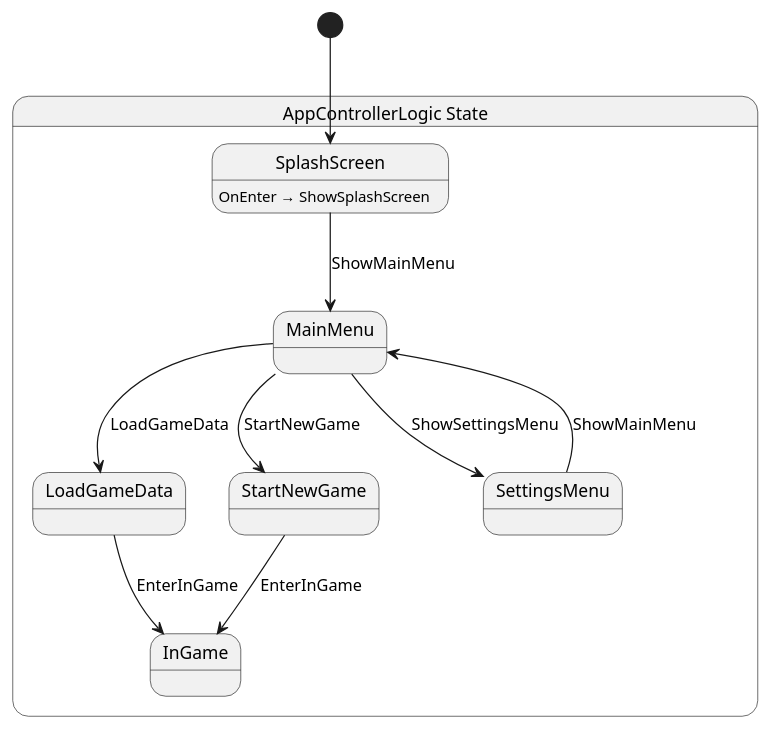
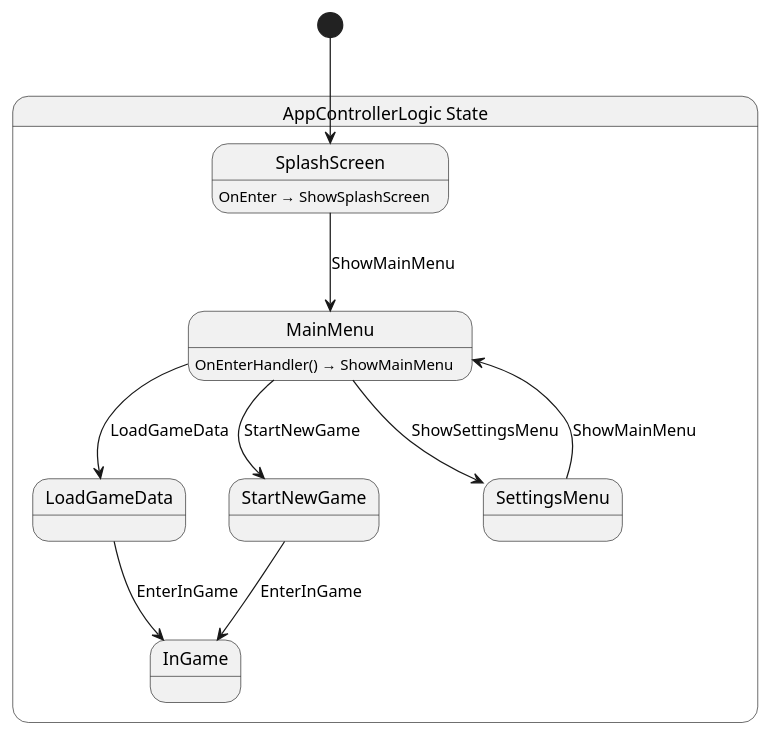
One commit to zheladev/ADHDGame changed the diagram in src/scenes/app_controller/logic/AppControllerLogic.g.puml. Above: the diagram before and after it, drawn with PlantUML. The commit also changed 9 other files, not shown here.

Commit message:
feat: implement splash screen and main menu scenes with navigation logic

```diff
--- a/src/scenes/app_controller/logic/AppControllerLogic.g.puml
+++ b/src/scenes/app_controller/logic/AppControllerLogic.g.puml
@@ -1,22 +1,23 @@
 @startuml AppControllerLogic
 state "AppControllerLogic State" as ADHDGame_Scenes_AppController_AppControllerLogic_State {
   state "InGame" as ADHDGame_Scenes_AppController_AppControllerLogic_State_InGame
   state "LoadGameData" as ADHDGame_Scenes_AppController_AppControllerLogic_State_LoadGameData
   state "MainMenu" as ADHDGame_Scenes_AppController_AppControllerLogic_State_MainMenu
   state "SettingsMenu" as ADHDGame_Scenes_AppController_AppControllerLogic_State_SettingsMenu
   state "SplashScreen" as ADHDGame_Scenes_AppController_AppControllerLogic_State_SplashScreen
   state "StartNewGame" as ADHDGame_Scenes_AppController_AppControllerLogic_State_StartNewGame
 }
 
 ADHDGame_Scenes_AppController_AppControllerLogic_State_LoadGameData --> ADHDGame_Scenes_AppController_AppControllerLogic_State_InGame : EnterInGame
 ADHDGame_Scenes_AppController_AppControllerLogic_State_MainMenu --> ADHDGame_Scenes_AppController_AppControllerLogic_State_LoadGameData : LoadGameData
 ADHDGame_Scenes_AppController_AppControllerLogic_State_MainMenu --> ADHDGame_Scenes_AppController_AppControllerLogic_State_SettingsMenu : ShowSettingsMenu
 ADHDGame_Scenes_AppController_AppControllerLogic_State_MainMenu --> ADHDGame_Scenes_AppController_AppControllerLogic_State_StartNewGame : StartNewGame
 ADHDGame_Scenes_AppController_AppControllerLogic_State_SettingsMenu --> ADHDGame_Scenes_AppController_AppControllerLogic_State_MainMenu : ShowMainMenu
 ADHDGame_Scenes_AppController_AppControllerLogic_State_SplashScreen --> ADHDGame_Scenes_AppController_AppControllerLogic_State_MainMenu : ShowMainMenu
 ADHDGame_Scenes_AppController_AppControllerLogic_State_StartNewGame --> ADHDGame_Scenes_AppController_AppControllerLogic_State_InGame : EnterInGame
 
+ADHDGame_Scenes_AppController_AppControllerLogic_State_MainMenu : OnEnterHandler() → ShowMainMenu
 ADHDGame_Scenes_AppController_AppControllerLogic_State_SplashScreen : OnEnter → ShowSplashScreen
 
 [*] --> ADHDGame_Scenes_AppController_AppControllerLogic_State_SplashScreen
 @enduml
```
